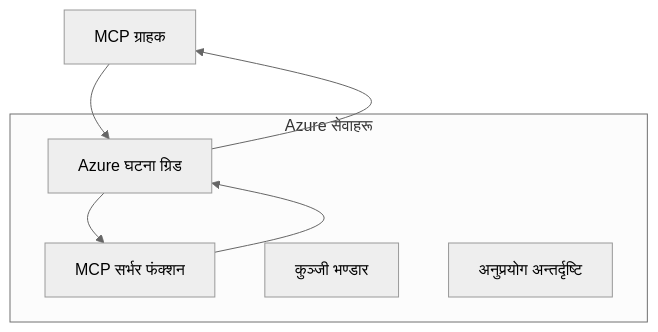
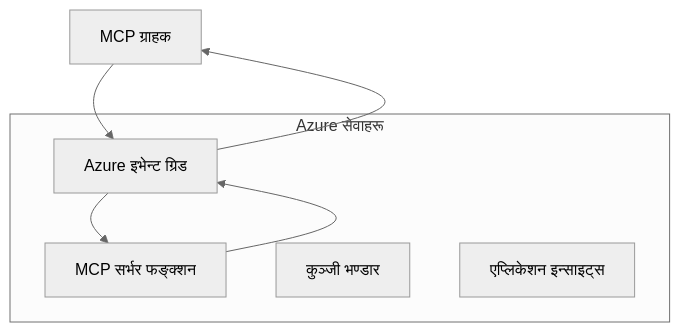
Before and after one commit to HIDORAKAI002/ai-workspace-archive: the first of 2 diagrams in mcp_ecosystem__model_context_protocol/mcp_learning_resources/mcp-for-beginners/translations/ne/05-AdvancedTopics/mcp-transport/README.md, drawn with Mermaid (neutral theme). The commit also changed other lines of this file and 1046 other files, not shown here.

````diff
--- a/mcp_ecosystem__model_context_protocol/mcp_learning_resources/mcp-for-beginners/translations/ne/05-AdvancedTopics/mcp-transport/README.md
+++ b/mcp_ecosystem__model_context_protocol/mcp_learning_resources/mcp-for-beginners/translations/ne/05-AdvancedTopics/mcp-transport/README.md
@@ -58,14 +60,14 @@
 ```mermaid
 graph TB
-    Client[MCP ग्राहक] --> EG[Azure घटना ग्रिड]
-    EG --> Server[MCP सर्भर फंक्शन]
+    Client[MCP ग्राहक] --> EG[Azure इभेन्ट ग्रिड]
+    EG --> Server[MCP सर्भर फङ्क्शन]
     Server --> EG
     EG --> Client
     
     subgraph "Azure सेवाहरू"
         EG
         Server
         KV[कुञ्जी भण्डार]
-        Monitor[अनुप्रयोग अन्तर्दृष्टि]
+        Monitor[एप्लिकेशन इन्साइट्स]
     end
 ```
````
